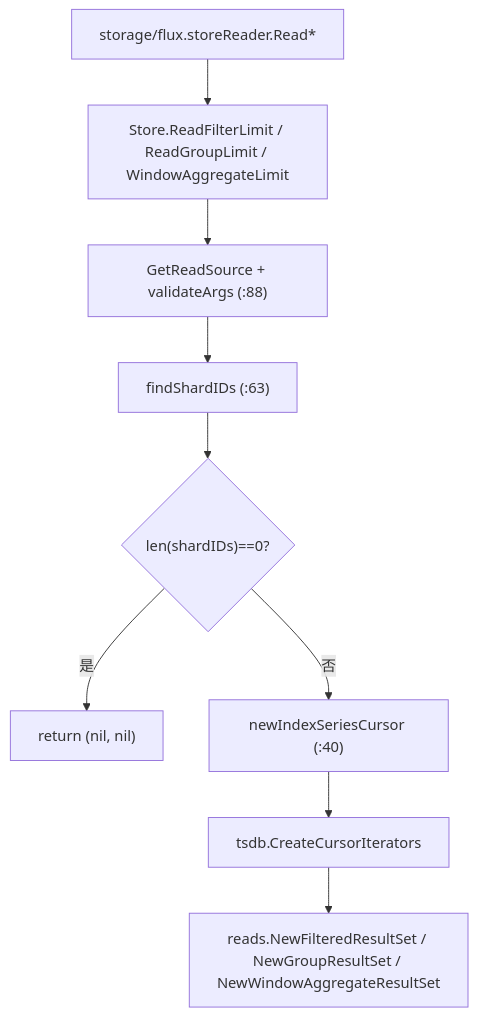
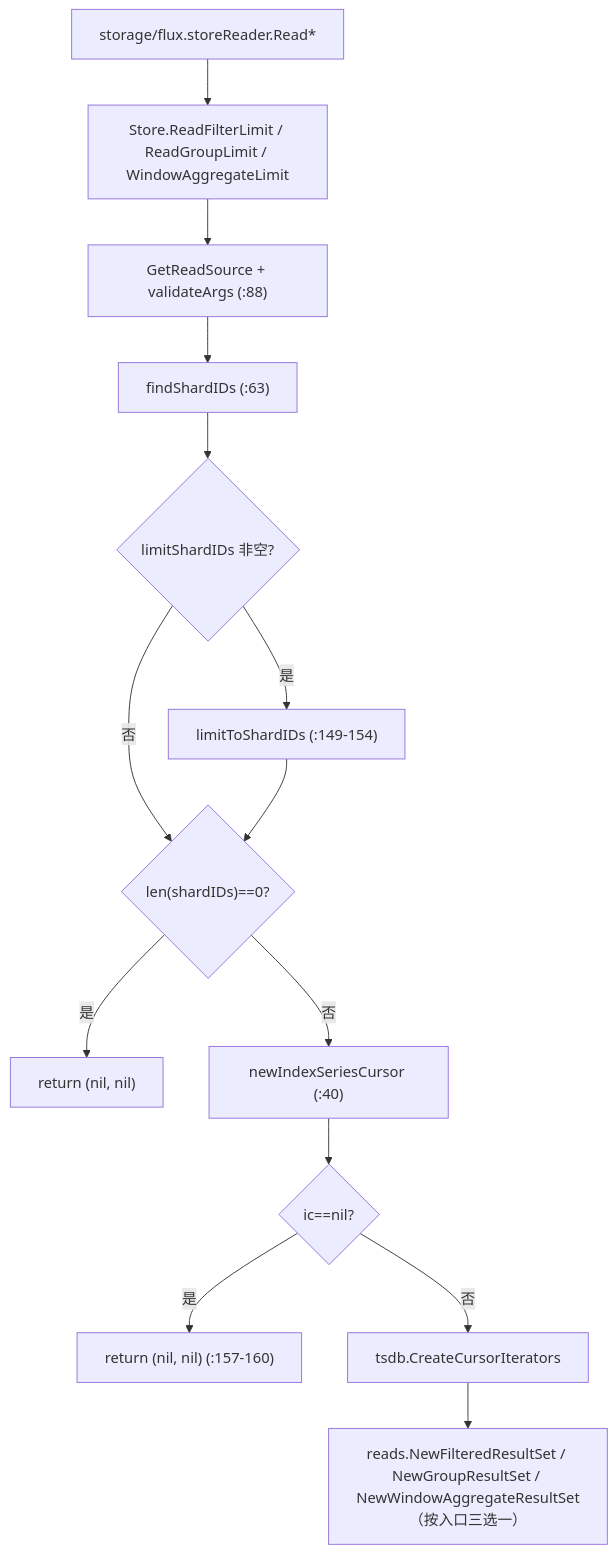
The eighth of 9 diagrams in docs/specs/v1.8.10-vs-v1.12.3/03_query_engine_diff.md (stefanv5/influxdb), drawn with Mermaid before and after one commit. The commit also changed other lines of this file and 16 other files, not shown here.

````diff
--- a/docs/specs/v1.8.10-vs-v1.12.3/03_query_engine_diff.md
+++ b/docs/specs/v1.8.10-vs-v1.12.3/03_query_engine_diff.md
@@ -1528,11 +1563,16 @@
 ```mermaid
 flowchart TD
     A["storage/flux.storeReader.Read*"] --> B["Store.ReadFilterLimit / ReadGroupLimit / WindowAggregateLimit"]
     B --> C["GetReadSource + validateArgs (:88)"]
     C --> D["findShardIDs (:63)"]
-    D --> E{"len(shardIDs)==0?"}
+    D --> D1{"limitShardIDs 非空?"}
+    D1 -->|"是"| D2["limitToShardIDs (:149-154)"]
+    D1 -->|"否"| E{"len(shardIDs)==0?"}
+    D2 --> E
     E -->|"是"| F["return (nil, nil)"]
     E -->|"否"| G["newIndexSeriesCursor (:40)"]
-    G --> H["tsdb.CreateCursorIterators"]
-    H --> I["reads.NewFilteredResultSet / NewGroupResultSet / NewWindowAggregateResultSet"]
+    G --> G1{"ic==nil?"}
+    G1 -->|"是"| F2["return (nil, nil) (:157-160)"]
+    G1 -->|"否"| H["tsdb.CreateCursorIterators"]
+    H --> I["reads.NewFilteredResultSet / NewGroupResultSet / NewWindowAggregateResultSet（按入口三选一）"]
 ```
````
